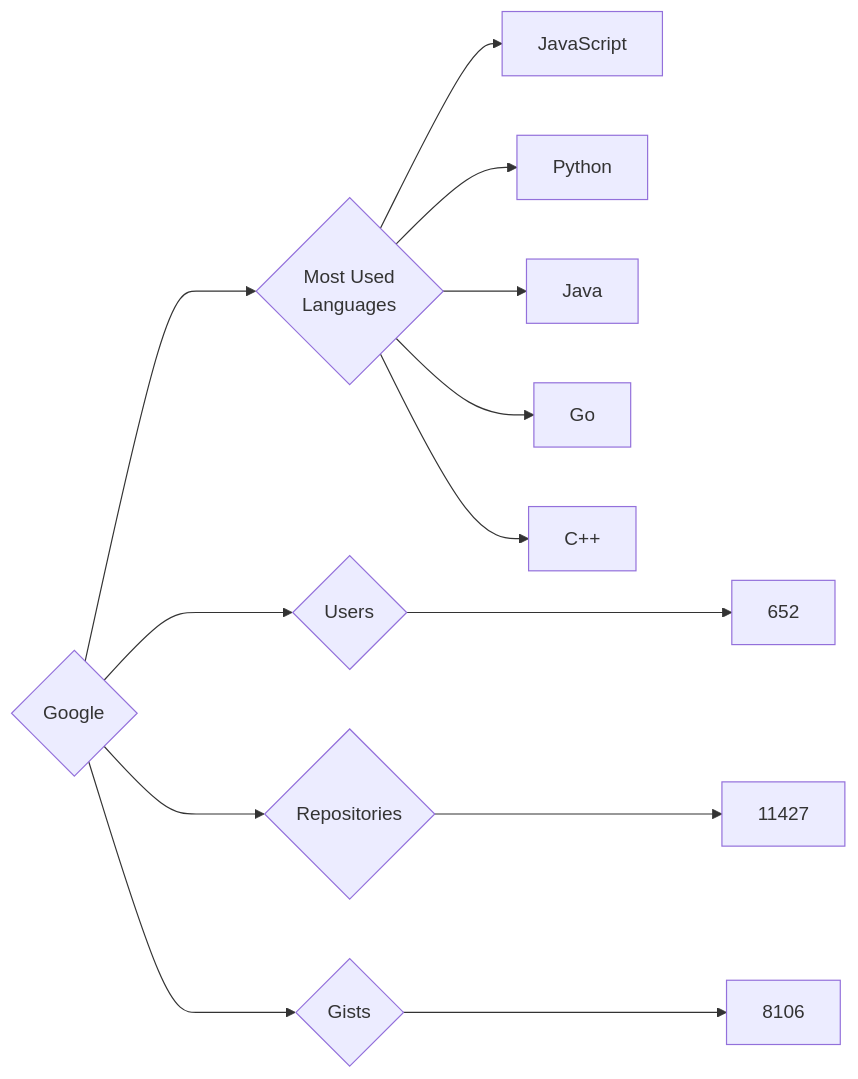
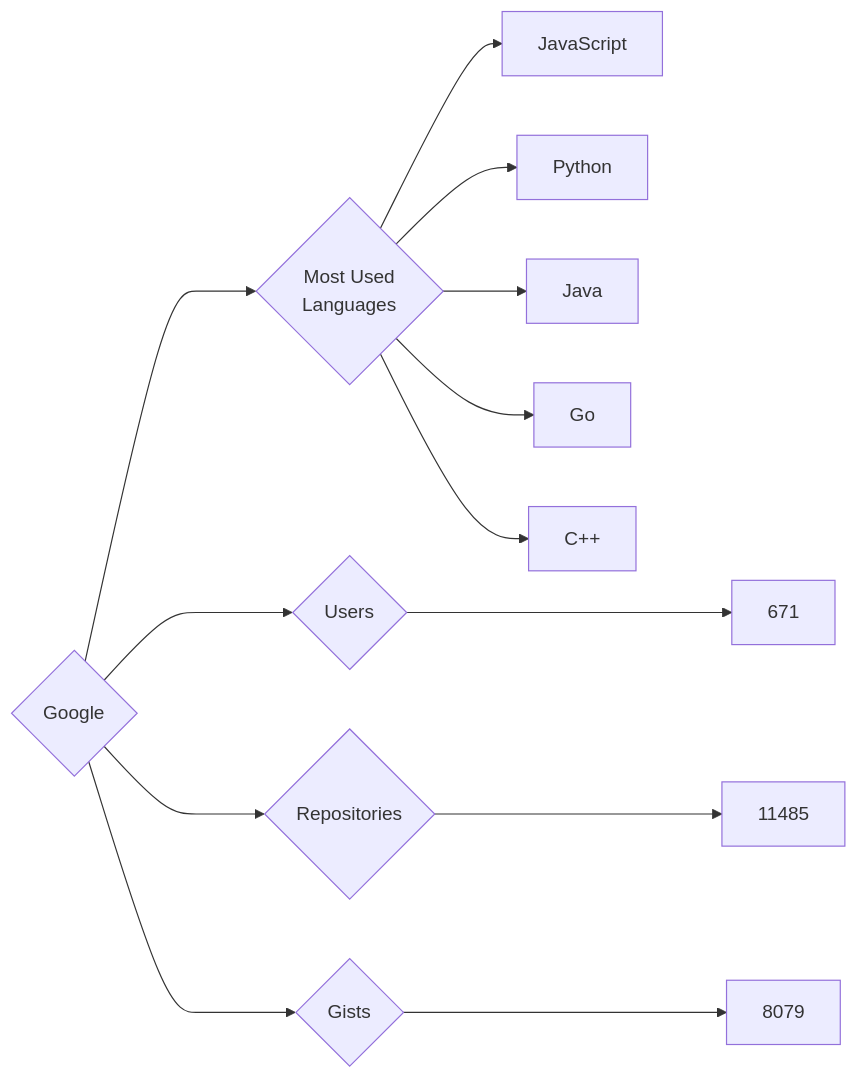
One commit to trickest/insiders changed the diagram in targets/Google/README.md. Above: the diagram before and after it, drawn with Mermaid. The commit also changed 894 other files, not shown here.

````diff
--- a/targets/Google/README.md
+++ b/targets/Google/README.md
@@ -3,13 +3,13 @@
 ```mermaid
 graph LR
 COMPANY_NAME{Google}
-COMPANY_NAME ---> U{Users} ---> UN[652]
-COMPANY_NAME ---> R{Repositories} ---> RN[11427]
-COMPANY_NAME ---> G{Gists} ---> GN[8106]
+COMPANY_NAME ---> U{Users} ---> UN[671]
+COMPANY_NAME ---> R{Repositories} ---> RN[11485]
+COMPANY_NAME ---> G{Gists} ---> GN[8079]
 COMPANY_NAME ---> ML{Most Used<br>Languages}
 ML --> JavaScript[JavaScript]
 ML --> Python[Python]
 ML --> Java[Java]
 ML --> Go[Go]
 ML --> C++[C++]
 ```
````
